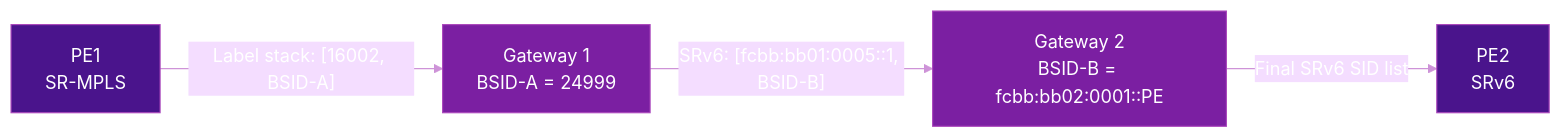
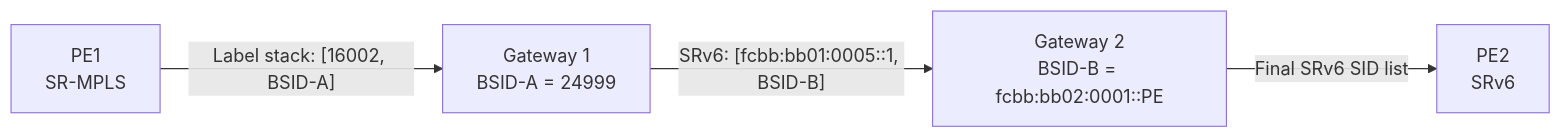
The second of 2 diagrams in docs/topics/interworking-migration.md (eldaninavas/srv6.md), drawn with Mermaid before and after one commit. The commit also changed other lines of this file and 29 other files, not shown here.

First line of the commit message:
fix(mermaid): apply theme-aware colors site-wide

````diff
--- a/docs/topics/interworking-migration.md
+++ b/docs/topics/interworking-migration.md
@@ -291,12 +284,6 @@
 ```mermaid
-%%{init: {"theme": "base", "themeVariables": {"primaryTextColor": "#fff", "lineColor": "#ce93d8", "textColor": "#fff"}}}%%
 graph LR
     PE1[PE1<br/>SR-MPLS] -->|"Label stack: [16002, BSID-A]"| GW1[Gateway 1<br/>BSID-A = 24999]
     GW1 -->|"SRv6: [fcbb:bb01:0005::1, BSID-B]"| GW2[Gateway 2<br/>BSID-B = fcbb:bb02:0001::PE]
     GW2 -->|"Final SRv6 SID list"| PE2[PE2<br/>SRv6]
-
-    style PE1 fill:#4a148c,color:#fff,stroke:#ab47bc
-    style PE2 fill:#4a148c,color:#fff,stroke:#ab47bc
-    style GW1 fill:#7b1fa2,color:#fff,stroke:#ab47bc
-    style GW2 fill:#7b1fa2,color:#fff,stroke:#ab47bc
 ```
````
